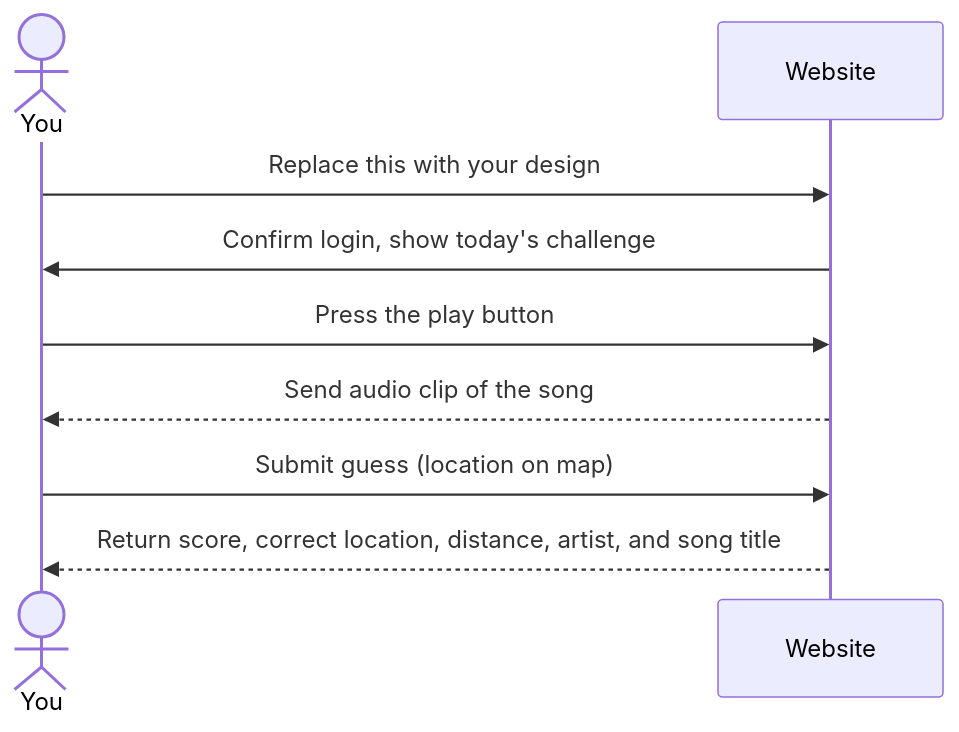
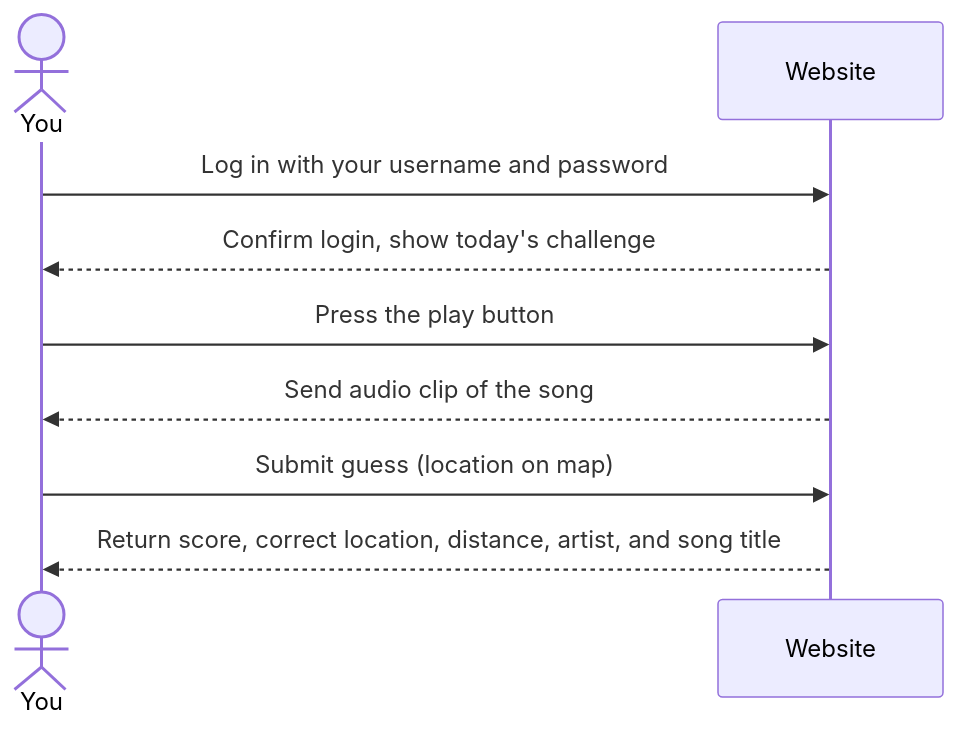
One commit to zoeylater/startup changed the diagram in README.md. Above: the diagram before and after it, drawn with Mermaid.

Commit message:
changing the mermaid designg

````diff
--- a/README.md
+++ b/README.md
@@ -34,14 +34,14 @@
 ```mermaid
 sequenceDiagram
     actor You
     participant Website
 
-    You->>Website: Replace this with your design
-    Website->>You: Confirm login, show today's challenge
+    You->>Website: Log in with your username and password
+    Website-->>You: Confirm login, show today's challenge
 
     You->>Website: Press the play button
     Website-->>You: Send audio clip of the song
 
     You->>Website: Submit guess (location on map)
     Website-->>You: Return score, correct location, distance, artist, and song title
 ```
````
